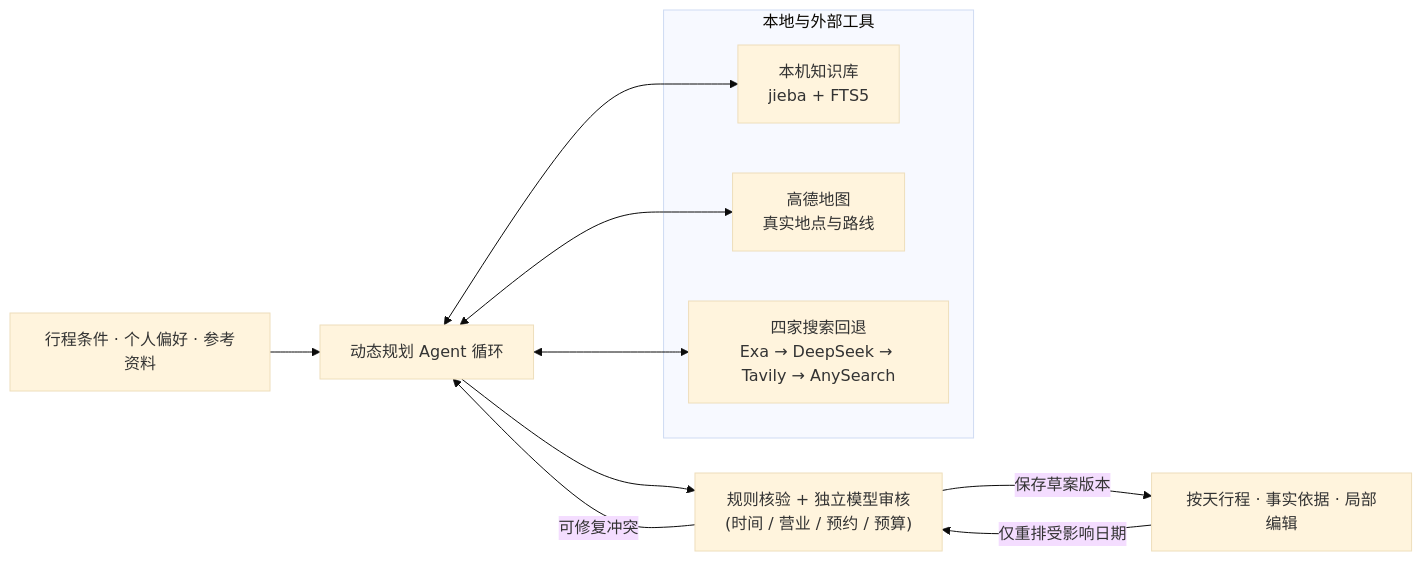
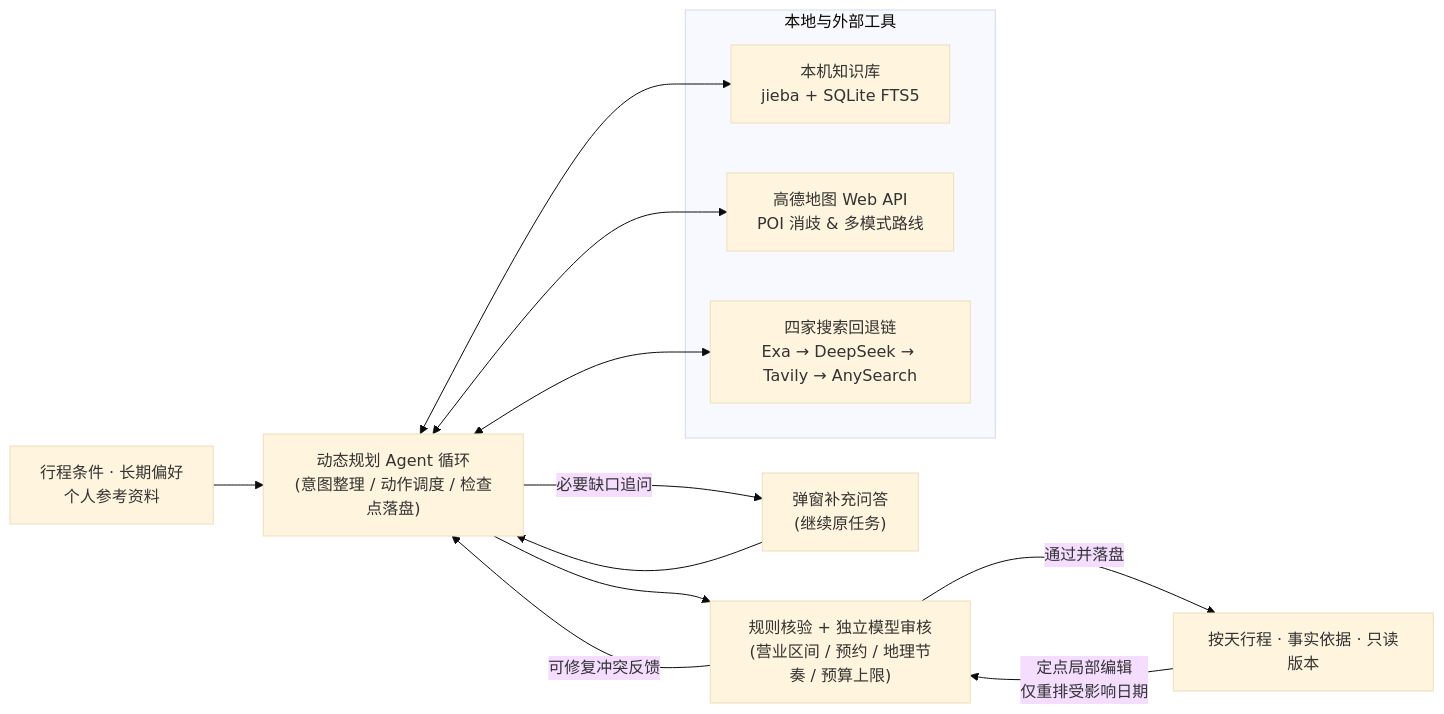
Before and after one commit to Eternity-dream/nlp-course: the diagram in README.md, drawn with Mermaid (base theme). The commit also changed other lines of this file, not shown here.

````diff
--- a/README.md
+++ b/README.md
@@ -34,16 +126,22 @@
 ```mermaid
 flowchart LR
-    U["行程条件 · 个人偏好 · 参考资料"] --> A["动态规划 Agent 循环"]
+    U["行程条件 · 长期偏好<br/>个人参考资料"] --> A["动态规划 Agent 循环<br/>(意图整理 / 动作调度 / 检查点落盘)"]
+
     subgraph Tools["本地与外部工具"]
-        K["本机知识库\njieba + FTS5"]
-        M["高德地图\n真实地点与路线"]
-        S["四家搜索回退\nExa → DeepSeek → Tavily → AnySearch"]
+        K["本机知识库<br/>jieba + SQLite FTS5"]
+        M["高德地图 Web API<br/>POI 消歧 & 多模式路线"]
+        S["四家搜索回退链<br/>Exa → DeepSeek → Tavily → AnySearch"]
     end
+
     A <--> K
     A <--> M
     A <--> S
-    A --> V["规则核验 + 独立模型审核\n(时间 / 营业 / 预约 / 预算)"]
-    V -->|可修复冲突| A
-    V -->|保存草案版本| UI["按天行程 · 事实依据 · 局部编辑"]
-    UI -->|仅重排受影响日期| V
+
+    A -->|必要缺口追问| Q["弹窗补充问答<br/>(继续原任务)"]
+    Q --> A
+
+    A --> V["规则核验 + 独立模型审核<br/>(营业区间 / 预约 / 地理节奏 / 预算上限)"]
+    V -->|可修复冲突反馈| A
+    V -->|通过并落盘| UI["按天行程 · 事实依据 · 只读版本"]
+    UI -->|定点局部编辑<br/>仅重排受影响日期| V
 ```
````
